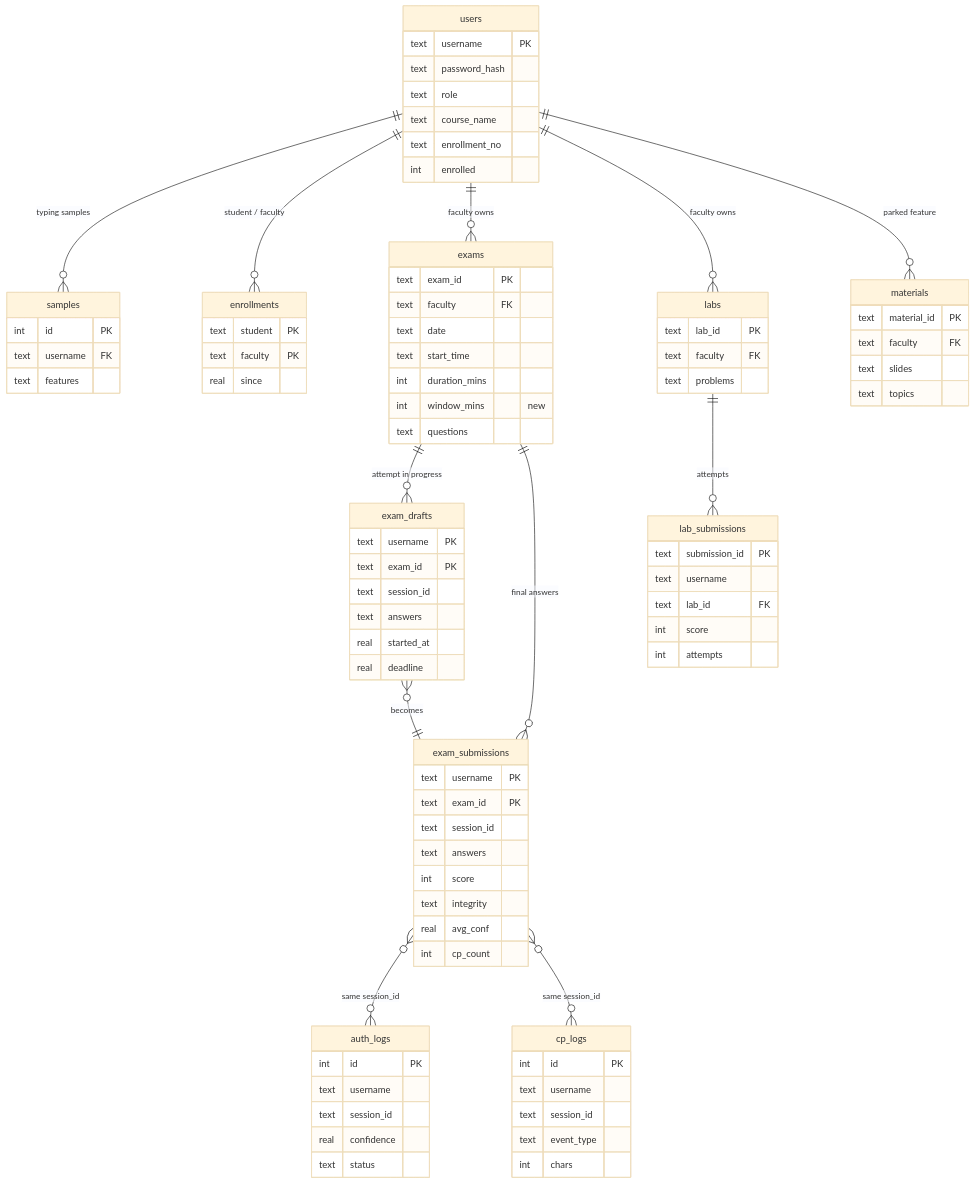
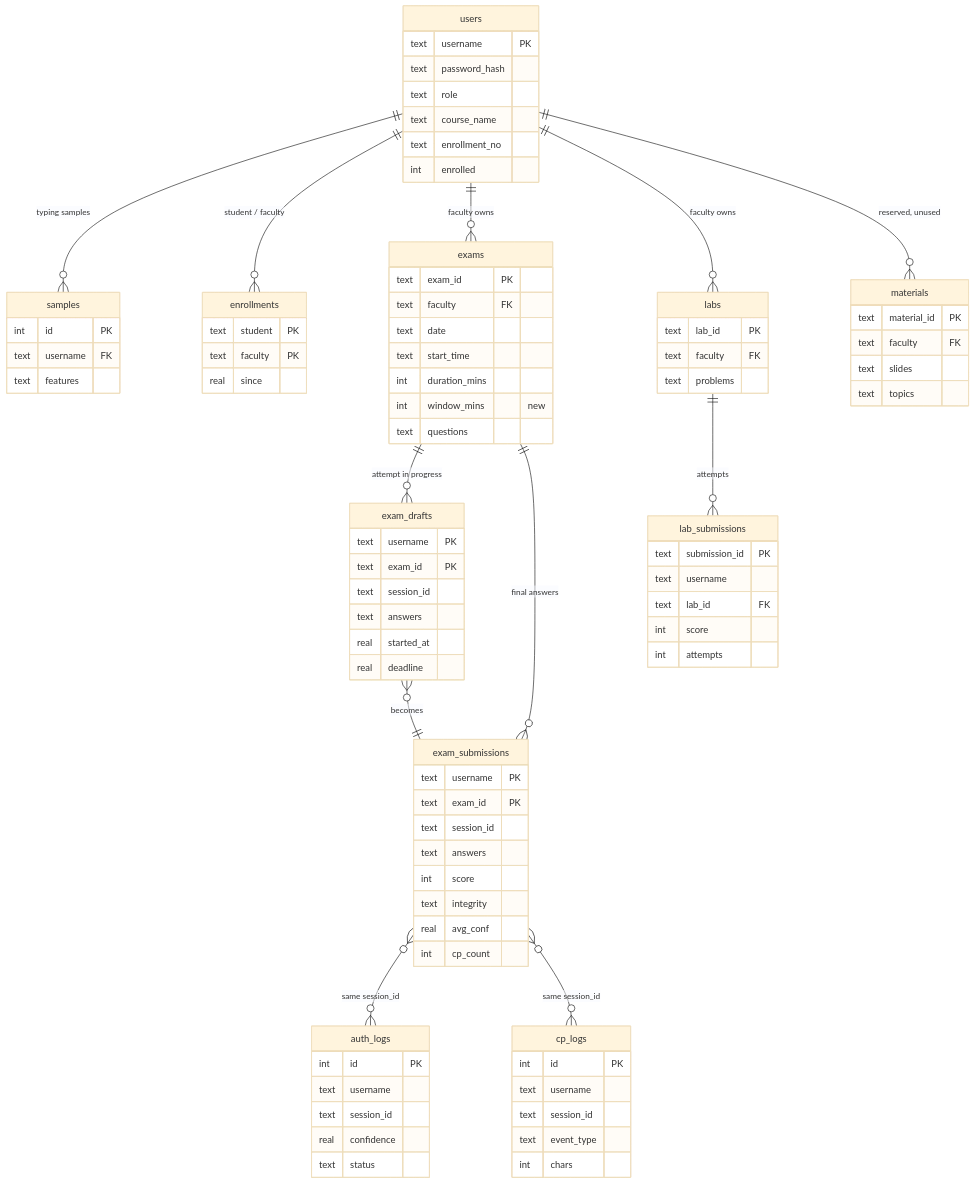
Before and after one commit to erharsh2104/TrueTestAuth: the ninth of 9 diagrams in README.md, drawn with Mermaid (base theme). The commit also changed other lines of this file and 4 other files, not shown here.

```diff
--- a/README.md
+++ b/README.md
@@ -398,7 +419,7 @@
     users ||--o{ enrollments : "student / faculty"
     users ||--o{ exams : "faculty owns"
     users ||--o{ labs : "faculty owns"
-    users ||--o{ materials : "parked feature"
+    users ||--o{ materials : "reserved, unused"
     exams ||--o{ exam_drafts : "attempt in progress"
     exams ||--o{ exam_submissions : "final answers"
     exam_drafts }o--|| exam_submissions : "becomes"
```
